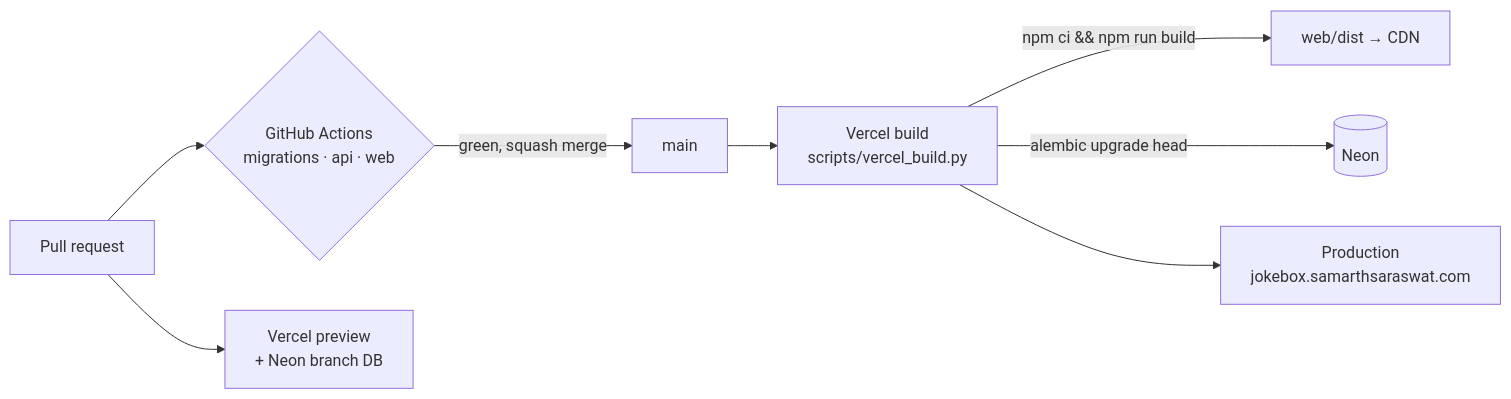
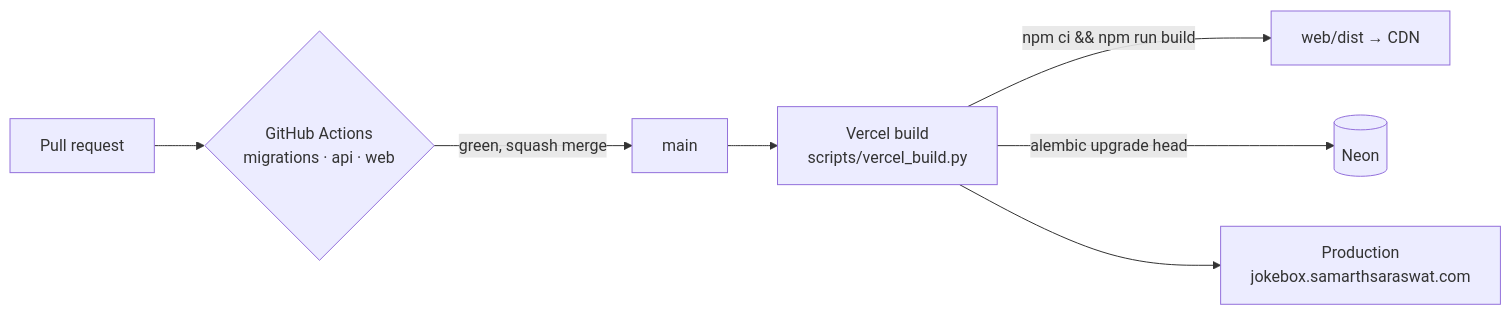
The fourth of 4 diagrams in docs/architecture.md (s-samarth/joke-box), drawn with Mermaid before and after one commit. The commit also changed other lines of this file and 2 other files, not shown here.

````diff
--- a/docs/architecture.md
+++ b/docs/architecture.md
@@ -181,10 +181,9 @@
 ```mermaid
 flowchart LR
   PR[Pull request] --> CI{GitHub Actions<br/>migrations · api · web}
-  PR --> Prev[Vercel preview<br/>+ Neon branch DB]
   CI -->|green, squash merge| Main[main]
   Main --> Build["Vercel build<br/>scripts/vercel_build.py"]
   Build -->|"npm ci && npm run build"| Dist[web/dist → CDN]
   Build -->|"alembic upgrade head"| Neon[(Neon)]
   Build --> Prod[Production<br/>jokebox.samarthsaraswat.com]
 ```
````
